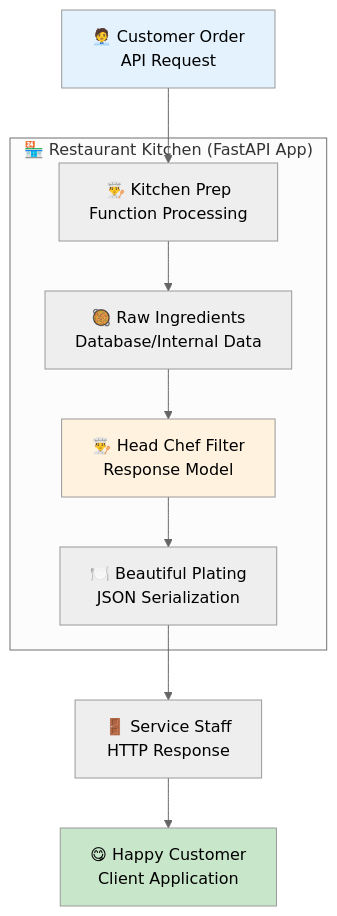
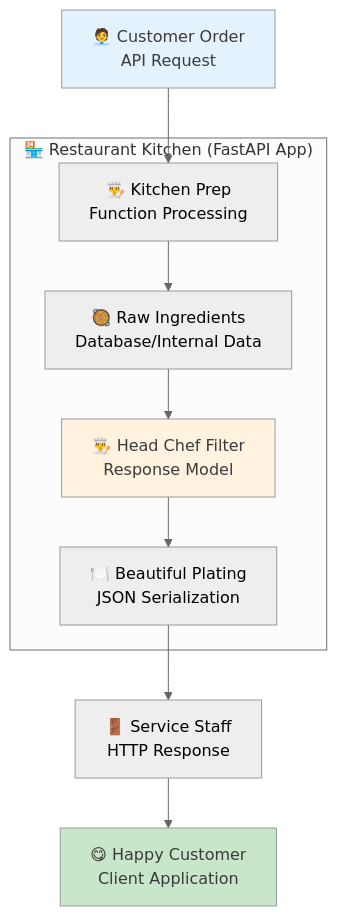
Before and after one commit to ridwanspace/restful-fastapi-guideline: the first of 5 diagrams in app/docs/02_foundation/04-response-handling/page.mdx, drawn with Mermaid (neutral theme). The commit also changed other lines of this file and 8 other files, not shown here.

First line of the commit message:
📝 docs(docs): enhance graph diagrams in foundation docs

````diff
--- a/app/docs/02_foundation/04-response-handling/page.mdx
+++ b/app/docs/02_foundation/04-response-handling/page.mdx
@@ -9,20 +9,20 @@
 ```mermaid
 graph TD
     A[🧑‍💼 Customer Order<br/>API Request] --> B[👨‍🍳 Kitchen Prep<br/>Function Processing]
     B --> C[🥘 Raw Ingredients<br/>Database/Internal Data]
     C --> D[👨‍🍳 Head Chef Filter<br/>Response Model]
     D --> E[🍽️ Beautiful Plating<br/>JSON Serialization]
     E --> F[🚪 Service Staff<br/>HTTP Response]
     F --> G[😋 Happy Customer<br/>Client Application]
     
-    style A fill:#e3f2fd
-    style D fill:#fff3e0
-    style G fill:#c8e6c9
+    style A fill:#e3f2fd,color:#3b3b3b
+    style D fill:#fff3e0,color:#3b3b3b
+    style G fill:#c8e6c9,color:#3b3b3b
     
     subgraph "🏪 Restaurant Kitchen (FastAPI App)"
         B
         C
         D
         E
     end
 ```
````
